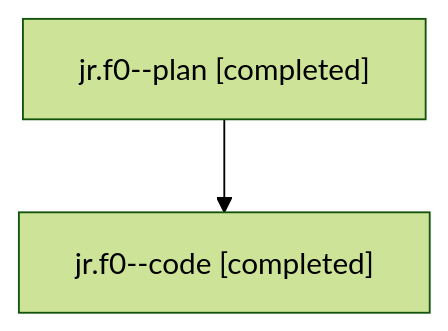
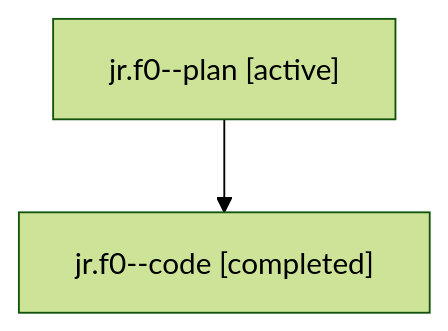
The diagram in families/bbugyi200.athena.jr.f0.md (bobs-org/bob-cli--agents), drawn with Mermaid (forest theme) before and after one commit. The commit also changed other lines of this file and 2106 other files, not shown here.

````diff
--- a/families/bbugyi200.athena.jr.f0.md
+++ b/families/bbugyi200.athena.jr.f0.md
@@ -7,6 +9,6 @@
 ```mermaid
 flowchart TD
-  n0["jr.f0--plan [completed]"]
+  n0["jr.f0--plan [active]"]
   n1["jr.f0--code [completed]"]
   n0 --> n1
 ```
````
